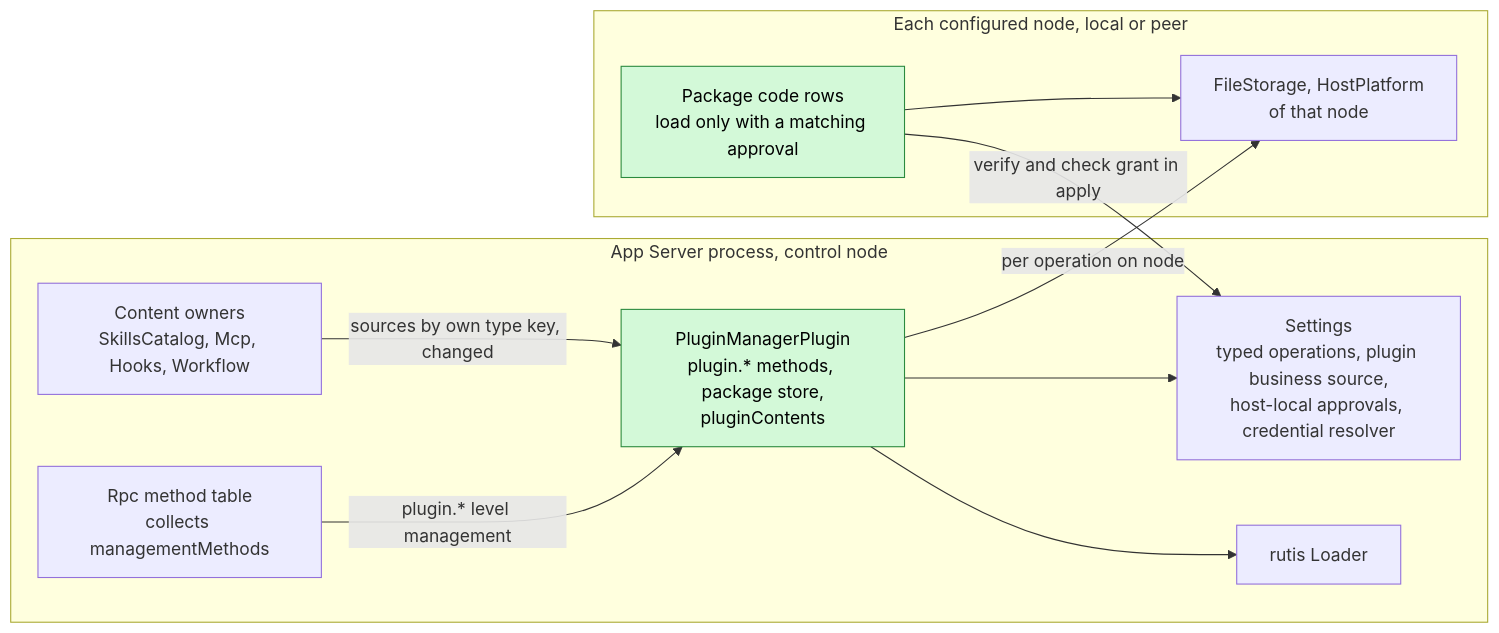
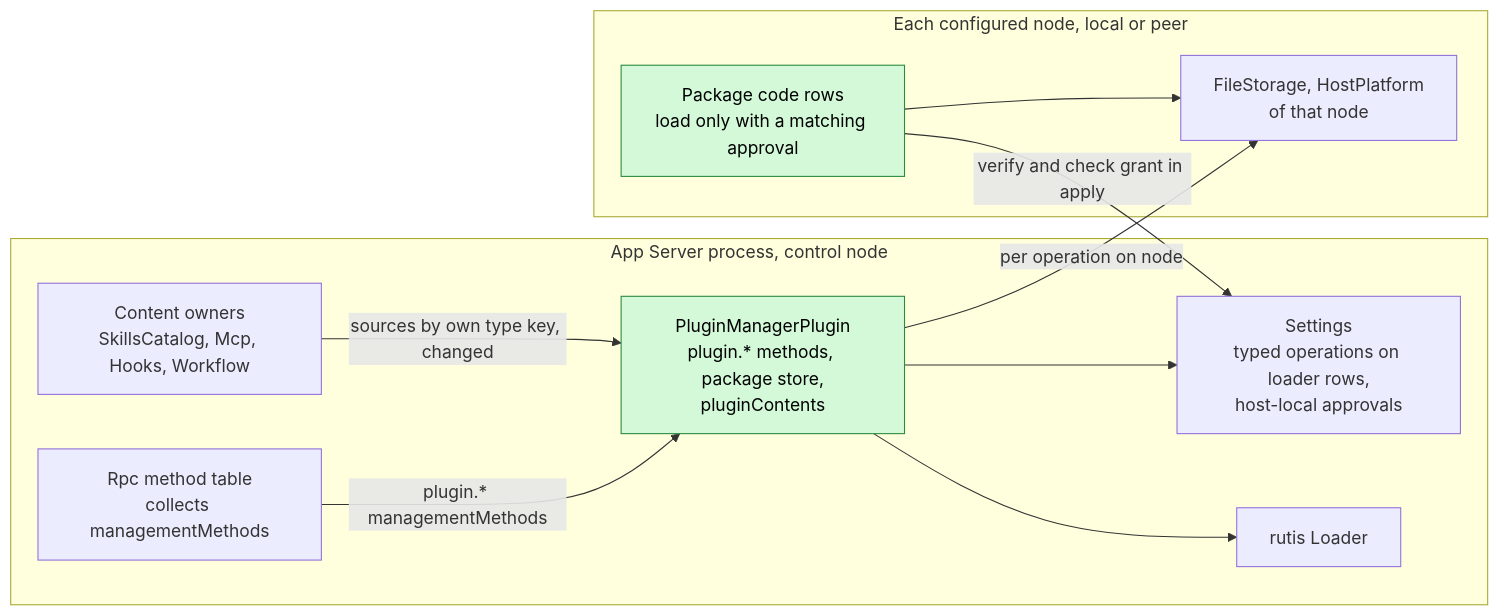
One commit to CoutinhoTTS/dim-agent changed the first of 6 diagrams in docs/design/plugins/PluginManager.md. Above: the diagram before and after it, drawn with Mermaid. The commit also changed other lines of this file and 42 other files, not shown here.

````diff
--- a/docs/design/plugins/PluginManager.md
+++ b/docs/design/plugins/PluginManager.md
@@ -9,22 +9,22 @@
 ```mermaid
 flowchart LR
   subgraph CN["App Server process, control node"]
     PM["PluginManagerPlugin<br/>plugin.* methods, package store,<br/>pluginContents"]:::new
-    SET["Settings<br/>typed operations, plugin business source,<br/>host-local approvals, credential resolver"]
+    SET["Settings<br/>typed operations on loader rows,<br/>host-local approvals"]
     LOADER["rutis Loader"]
     RPC["Rpc method table<br/>collects managementMethods"]
     CONS["Content owners<br/>SkillsCatalog, Mcp, Hooks, Workflow"]
   end
   subgraph NODE["Each configured node, local or peer"]
     SVC["FileStorage, HostPlatform<br/>of that node"]
     CODE["Package code rows<br/>load only with a matching approval"]:::new
   end
   PM --> SET
   PM --> LOADER
   PM -->|"per operation on node"| SVC
-  RPC -->|"plugin.* level management"| PM
+  RPC -->|"plugin.* managementMethods"| PM
   CONS -->|"sources by own type key, changed"| PM
   CODE -->|"verify and check grant in apply"| SET
   CODE --> SVC
   classDef new fill:#d3f9d8,stroke:#2b8a3e,color:#000
 ```
````
